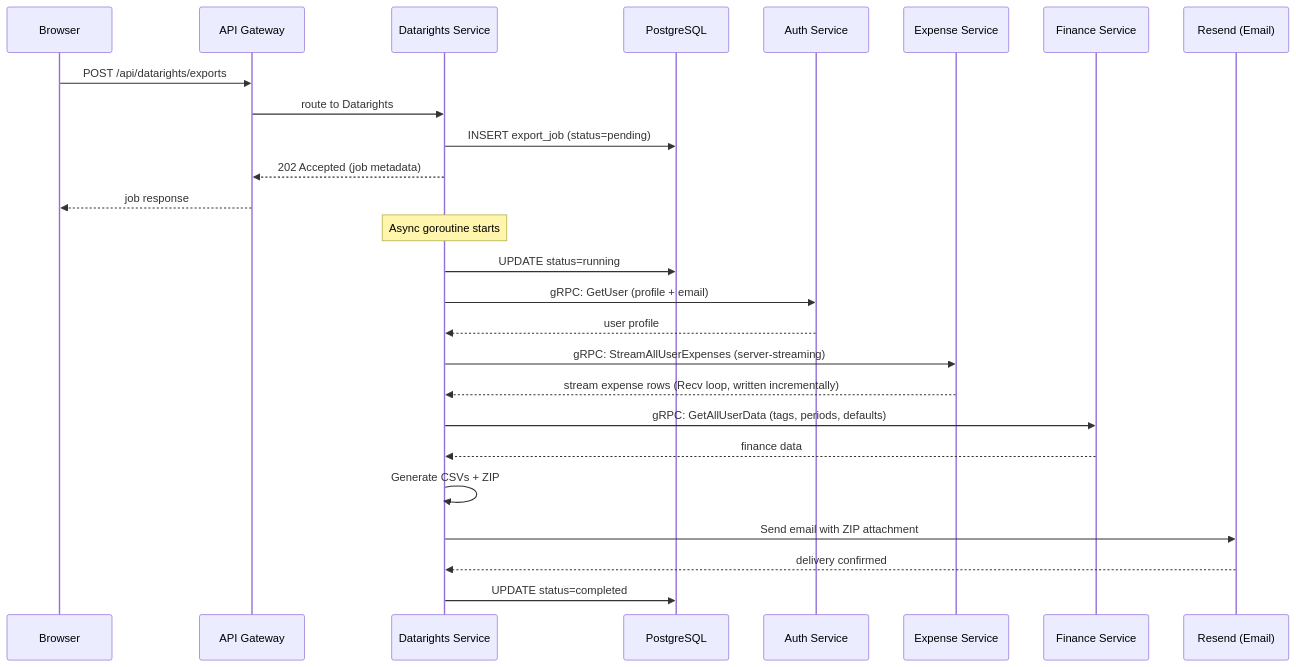
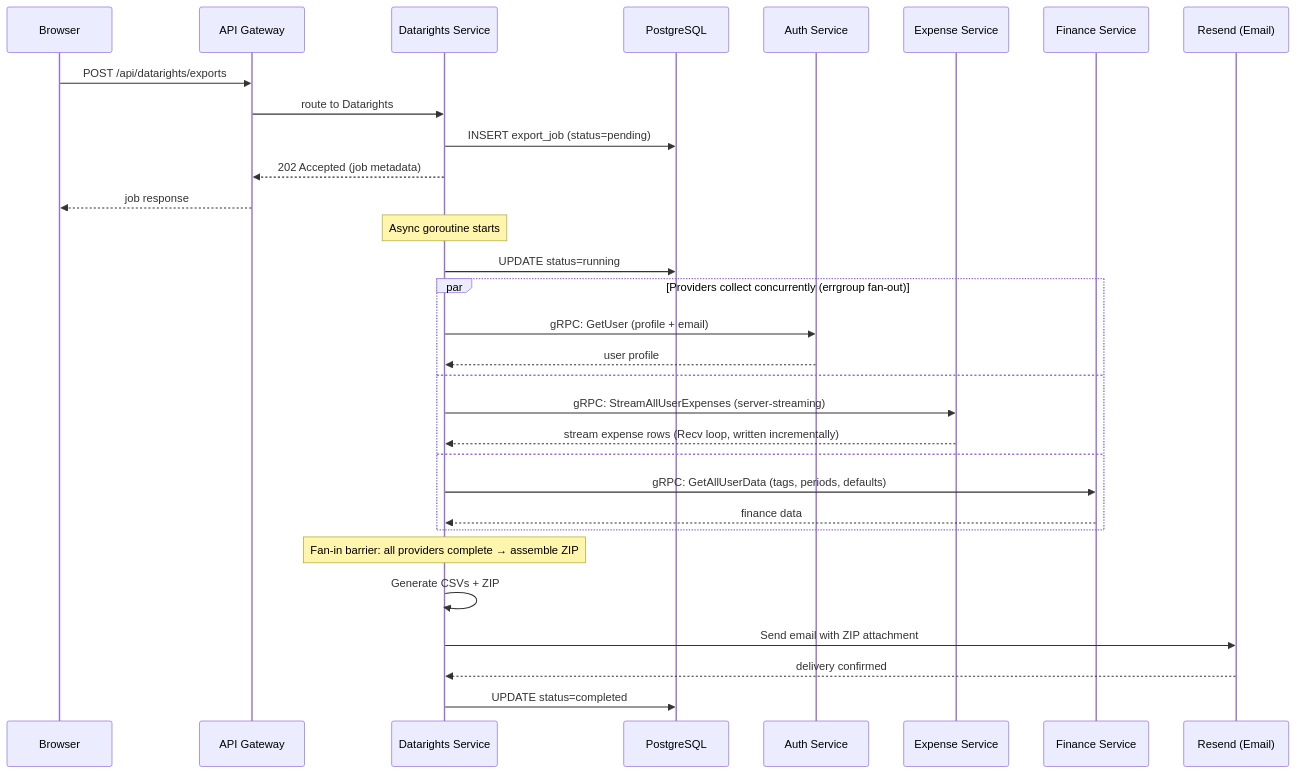
One commit to ItsThompson/gofin changed the fifth of 5 diagrams in docs/architecture.md. Above: the diagram before and after it, drawn with Mermaid. The commit also changed other lines of this file, not shown here.

Commit message:
docs(architecture): show export provider fan-out
- describe concurrent errgroup collection in the data-export flow intro
- wrap the provider reads in a par block with a fan-in barrier note
- leave the already-fixed StreamAllUserExpenses line unchanged

````diff
--- a/docs/architecture.md
+++ b/docs/architecture.md
@@ -252,30 +252,35 @@
 ```mermaid
 sequenceDiagram
     participant B as Browser
     participant G as API Gateway
     participant DR as Datarights Service
     participant P as PostgreSQL
     participant A as Auth Service
     participant E as Expense Service
     participant F as Finance Service
     participant R as Resend (Email)
 
     B->>G: POST /api/datarights/exports
     G->>DR: route to Datarights
     DR->>P: INSERT export_job (status=pending)
     DR-->>G: 202 Accepted (job metadata)
     G-->>B: job response
 
     Note over DR: Async goroutine starts
     DR->>P: UPDATE status=running
-    DR->>A: gRPC: GetUser (profile + email)
-    A-->>DR: user profile
-    DR->>E: gRPC: StreamAllUserExpenses (server-streaming)
-    E-->>DR: stream expense rows (Recv loop, written incrementally)
-    DR->>F: gRPC: GetAllUserData (tags, periods, defaults)
-    F-->>DR: finance data
+    par Providers collect concurrently (errgroup fan-out)
+        DR->>A: gRPC: GetUser (profile + email)
+        A-->>DR: user profile
+    and
+        DR->>E: gRPC: StreamAllUserExpenses (server-streaming)
+        E-->>DR: stream expense rows (Recv loop, written incrementally)
+    and
+        DR->>F: gRPC: GetAllUserData (tags, periods, defaults)
+        F-->>DR: finance data
+    end
+    Note over DR: Fan-in barrier: all providers complete → assemble ZIP
     DR->>DR: Generate CSVs + ZIP
     DR->>R: Send email with ZIP attachment
     R-->>DR: delivery confirmed
     DR->>P: UPDATE status=completed
 ```
````
